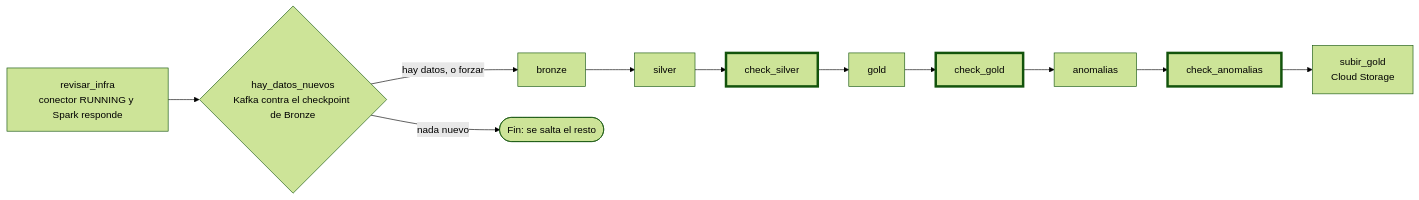
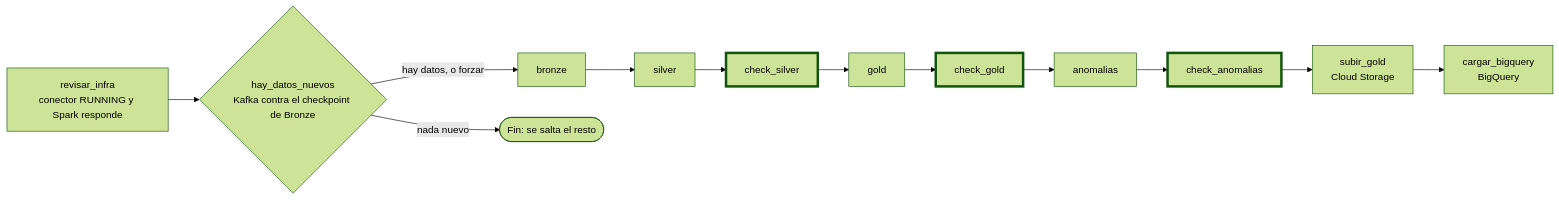
The second of 2 diagrams in docs/arquitectura.md (dodamivid/MoneyWise-DataLake), drawn with Mermaid (forest theme) before and after one commit. The commit also changed other lines of this file and 13 other files, not shown here.

Commit message:
feat: cargar Gold en BigQuery desde el DAG, con cuadre contra el lago

````diff
--- a/docs/arquitectura.md
+++ b/docs/arquitectura.md
@@ -68,8 +70,8 @@
 ```mermaid
 flowchart LR
     A["revisar_infra<br/>conector RUNNING y Spark responde"] --> B{"hay_datos_nuevos<br/>Kafka contra el checkpoint de Bronze"}
     B -- "hay datos, o forzar" --> C["bronze"]
     B -- "nada nuevo" --> Z(["Fin: se salta el resto"])
-    C --> D["silver"] --> E["check_silver"]:::compuerta --> F["gold"] --> G["check_gold"]:::compuerta --> H["anomalias"] --> I["check_anomalias"]:::compuerta --> J["subir_gold<br/>Cloud Storage"]
+    C --> D["silver"] --> E["check_silver"]:::compuerta --> F["gold"] --> G["check_gold"]:::compuerta --> H["anomalias"] --> I["check_anomalias"]:::compuerta --> J["subir_gold<br/>Cloud Storage"] --> K["cargar_bigquery<br/>BigQuery"]
     classDef compuerta stroke-width:4px
 ```
````
